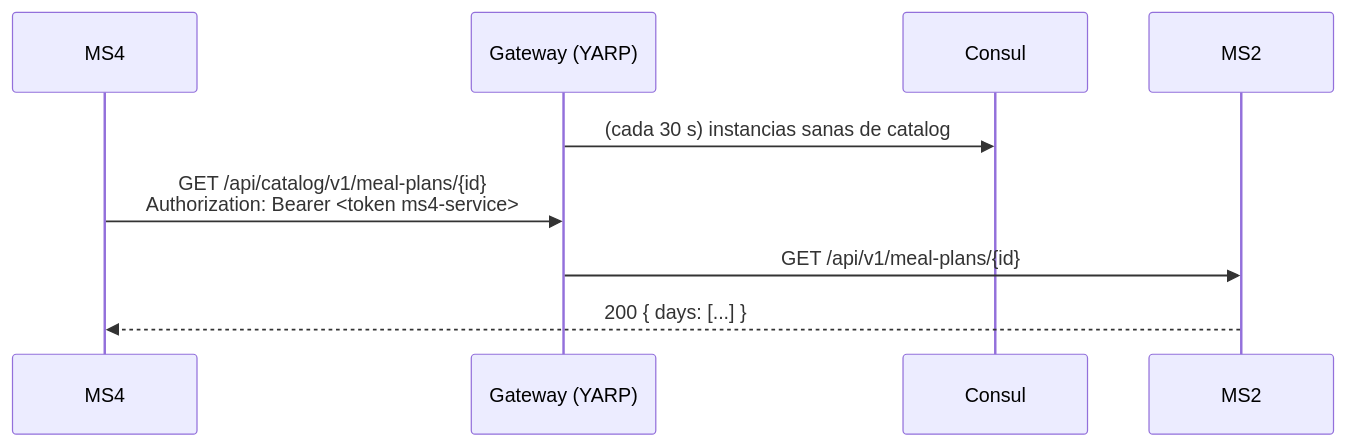
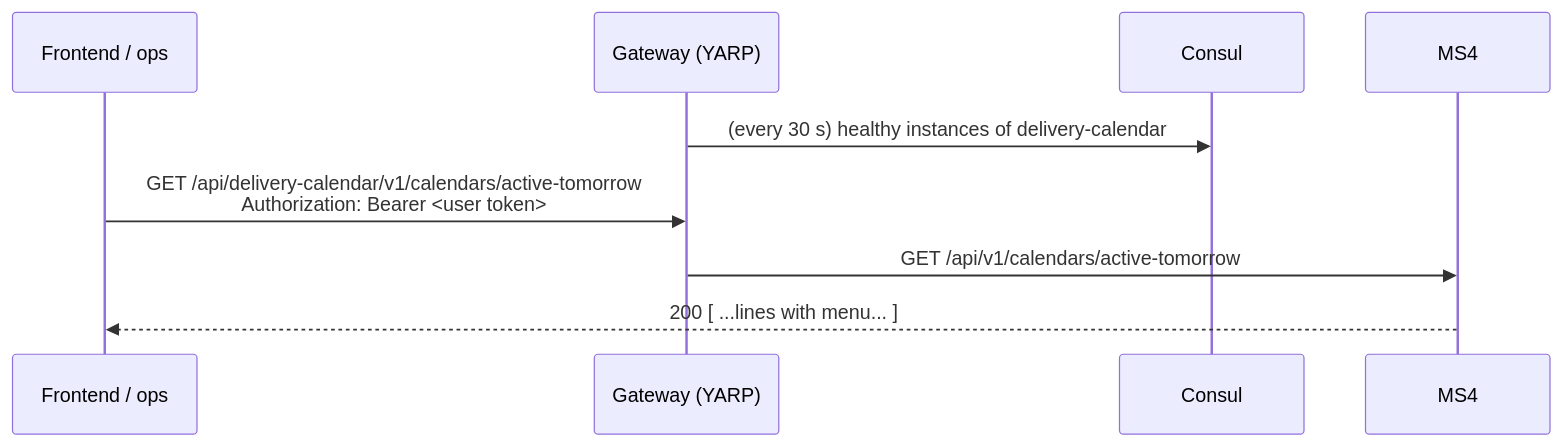
One commit to Nur-tricenter/knowledge changed the first of 2 diagrams in platform/communication.md. Above: the diagram before and after it, drawn with Mermaid. The commit also changed other lines of this file and 43 other files, not shown here.

````diff
--- a/platform/communication.md
+++ b/platform/communication.md
@@ -22,11 +31,11 @@
 ```mermaid
 sequenceDiagram
-  participant MS4
+  participant FE as Frontend / ops
   participant GW as Gateway (YARP)
   participant C as Consul
-  participant MS2
-  GW->>C: (cada 30 s) instancias sanas de catalog
-  MS4->>GW: GET /api/catalog/v1/meal-plans/{id}<br/>Authorization: Bearer <token ms4-service>
-  GW->>MS2: GET /api/v1/meal-plans/{id}
-  MS2-->>MS4: 200 { days: [...] }
+  participant MS4
+  GW->>C: (every 30 s) healthy instances of delivery-calendar
+  FE->>GW: GET /api/delivery-calendar/v1/calendars/active-tomorrow<br/>Authorization: Bearer <user token>
+  GW->>MS4: GET /api/v1/calendars/active-tomorrow
+  MS4-->>FE: 200 [ ...lines with menu... ]
 ```
````
